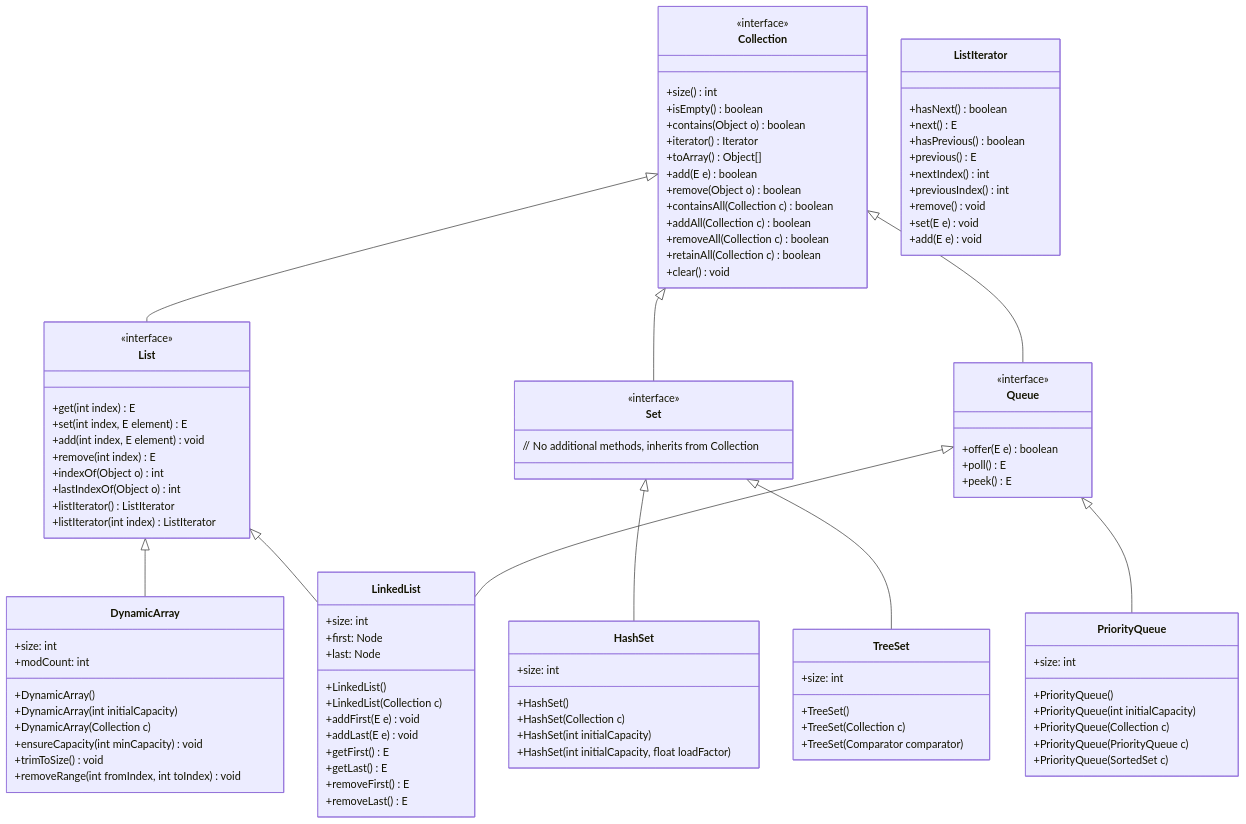
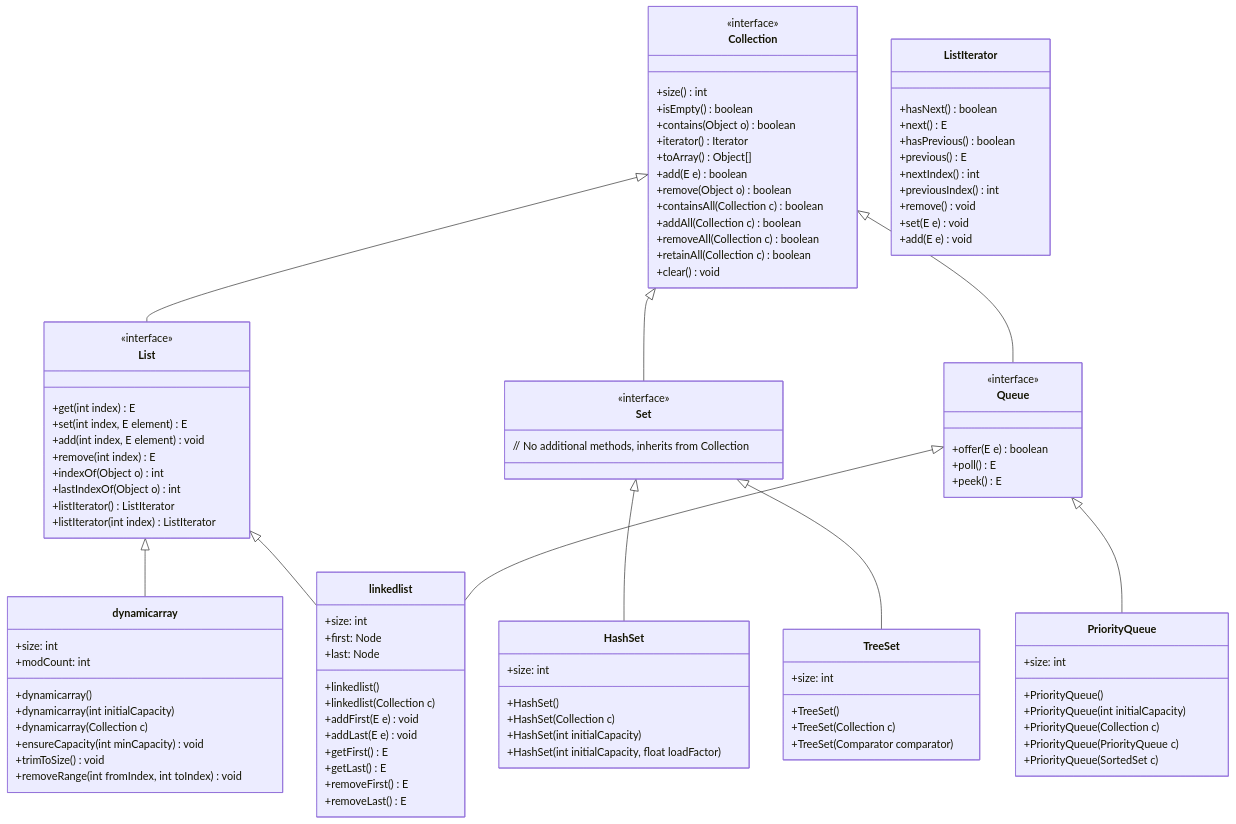
The first of 2 diagrams in 03. Common Data Structures/README.md (shivamsanju/coding), drawn with Mermaid before and after one commit. The commit also changed other lines of this file and 15 other files, not shown here.

```diff
--- a/03. Common Data Structures/README.md
+++ b/03. Common Data Structures/README.md
@@ -12,12 +12,12 @@
     Collection <|-- List
     Collection <|-- Set
     Collection <|-- Queue
-    List <|-- DynamicArray
-    List <|-- LinkedList
+    List <|-- dynamicarray
+    List <|-- linkedlist
     Set <|-- HashSet
     Set <|-- TreeSet
     Queue <|-- PriorityQueue
-    Queue <|-- LinkedList
+    Queue <|-- linkedlist
 
     class Collection {
         <<interface>>
@@ -59,23 +59,23 @@
         +peek() E
     }
 
-    class DynamicArray {
+    class dynamicarray {
         +size: int
         +modCount: int
-        +DynamicArray() 
-        +DynamicArray(int initialCapacity) 
-        +DynamicArray(Collection c)
+        +dynamicarray() 
+        +dynamicarray(int initialCapacity) 
+        +dynamicarray(Collection c)
         +ensureCapacity(int minCapacity) void
         +trimToSize() void
         +removeRange(int fromIndex, int toIndex) void
     }
 
-    class LinkedList {
+    class linkedlist {
         +size: int
         +first: Node
         +last: Node
-        +LinkedList()
-        +LinkedList(Collection c)
+        +linkedlist()
+        +linkedlist(Collection c)
         +addFirst(E e) void
         +addLast(E e) void
         +getFirst() E
```
